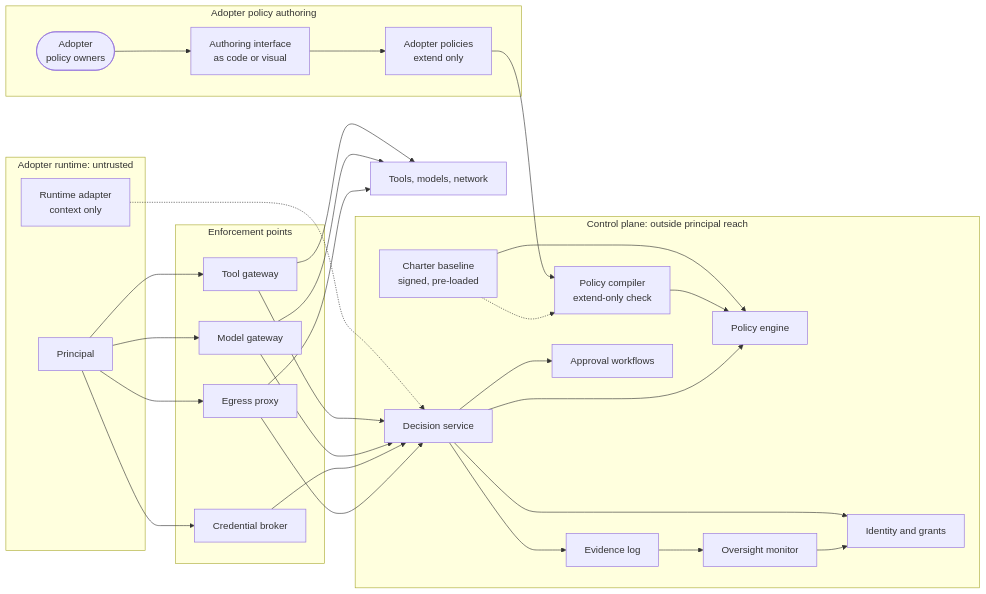
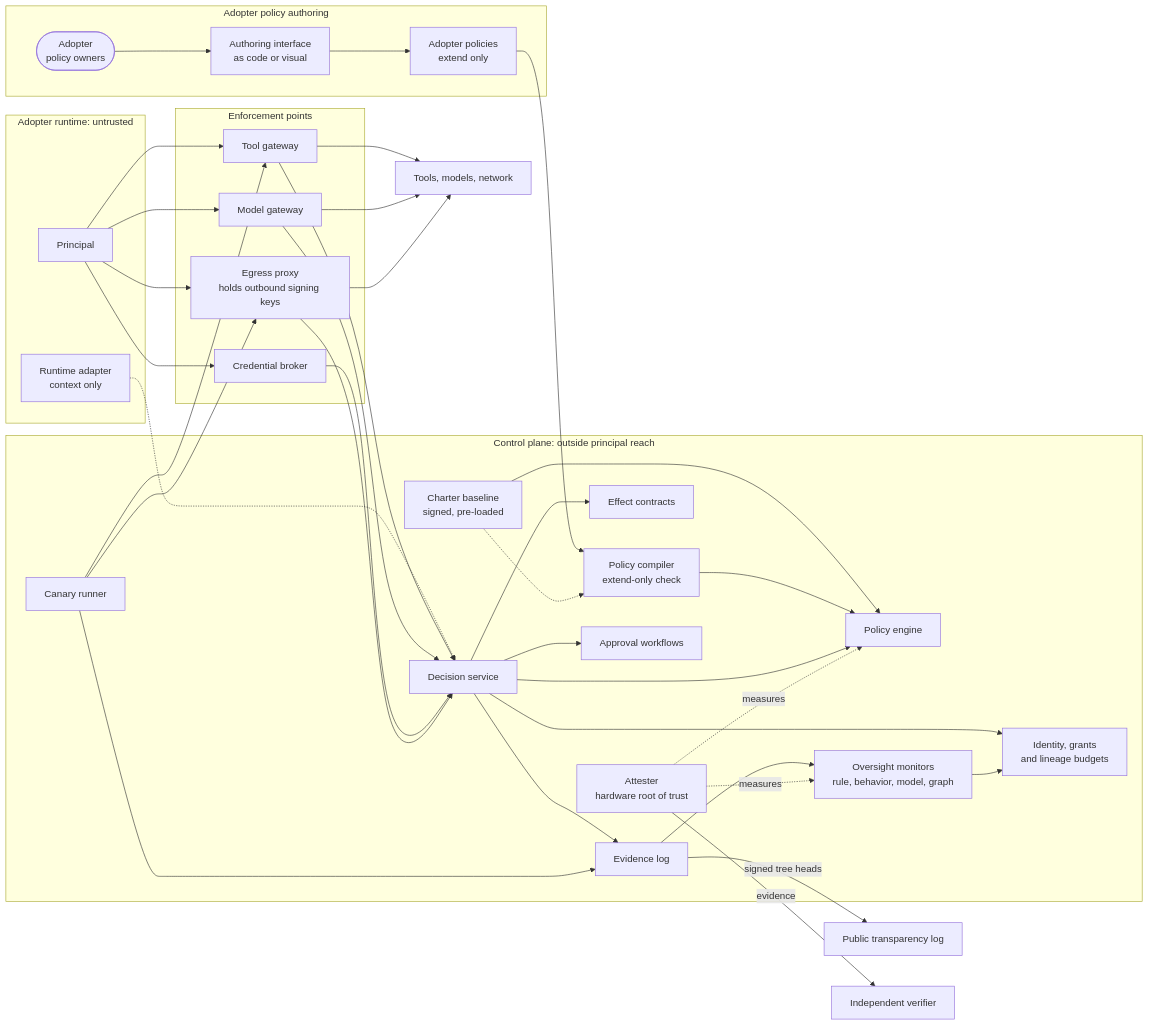
One commit to 21st-century-pluribus/intelligent-systems-charter changed the ninth of 12 diagrams in proposal/technical-implementation.md. Above: the diagram before and after it, drawn with Mermaid. The commit also changed other lines of this file and 4 other files, not shown here.

First line of the commit message:
Proposal 0.2: effects, attestation, outbound identity, oversight, collective action, evidence transparency, containment testing

````diff
--- a/proposal/technical-implementation.md
+++ b/proposal/technical-implementation.md
@@ -301,43 +648,54 @@
 ```mermaid
 flowchart LR
   subgraph RT["Adopter runtime: untrusted"]
     PR["Principal"]
     AD["Runtime adapter<br/>context only"]
   end
   subgraph EP["Enforcement points"]
     MG["Tool gateway"]
     LG["Model gateway"]
     CB["Credential broker"]
-    EG["Egress proxy"]
+    EG["Egress proxy<br/>holds outbound signing keys"]
   end
   subgraph AU["Adopter policy authoring"]
     PO(["Adopter<br/>policy owners"])
     UI["Authoring interface<br/>as code or visual"]
     APS["Adopter policies<br/>extend only"]
   end
   subgraph CP["Control plane: outside principal reach"]
     DS["Decision service"]
     BL["Charter baseline<br/>signed, pre-loaded"]
     PC["Policy compiler<br/>extend-only check"]
     PE["Policy engine"]
-    IG["Identity and grants"]
+    EC["Effect contracts"]
+    IG["Identity, grants<br/>and lineage budgets"]
     EV["Evidence log"]
     AP["Approval workflows"]
-    OM["Oversight monitor"]
+    OM["Oversight monitors<br/>rule, behavior, model, graph"]
+    CN["Canary runner"]
+    AT["Attester<br/>hardware root of trust"]
   end
   TL["Tools, models, network"]
+  PT["Public transparency log"]
+  VR["Independent verifier"]
   PR --> MG & LG & CB & EG
   AD -.-> DS
   MG & LG & CB & EG --> DS
   MG & LG & EG --> TL
   PO --> UI --> APS --> PC
   BL -.-> PC
   BL --> PE
   PC --> PE
   DS --> IG
   DS --> PE
+  DS --> EC
   DS --> EV
   DS --> AP
   EV --> OM
   OM --> IG
+  CN --> MG & EG
+  CN --> EV
+  EV -->|"signed tree heads"| PT
+  AT -.->|"measures"| PE & OM
+  AT -->|"evidence"| VR
 ```
````
